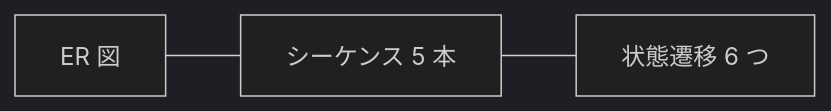
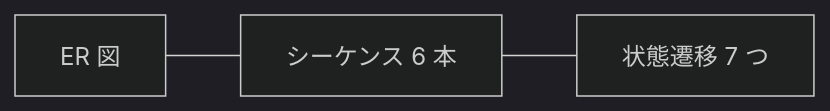
One commit to itiwoja/llm-party changed the first of 14 diagrams in docs/design/10_diagrams.md. Above: the diagram before and after it, drawn with Mermaid (dark theme). The commit also changed other lines of this file and 21 other files, not shown here.

````diff
--- a/docs/design/10_diagrams.md
+++ b/docs/design/10_diagrams.md
@@ -13,4 +13,4 @@
 ```mermaid
 flowchart LR
-  ER[ER 図] --- SEQ[シーケンス 5 本] --- ST[状態遷移 6 つ]
+  ER[ER 図] --- SEQ[シーケンス 6 本] --- ST[状態遷移 7 つ]
 ```
````
